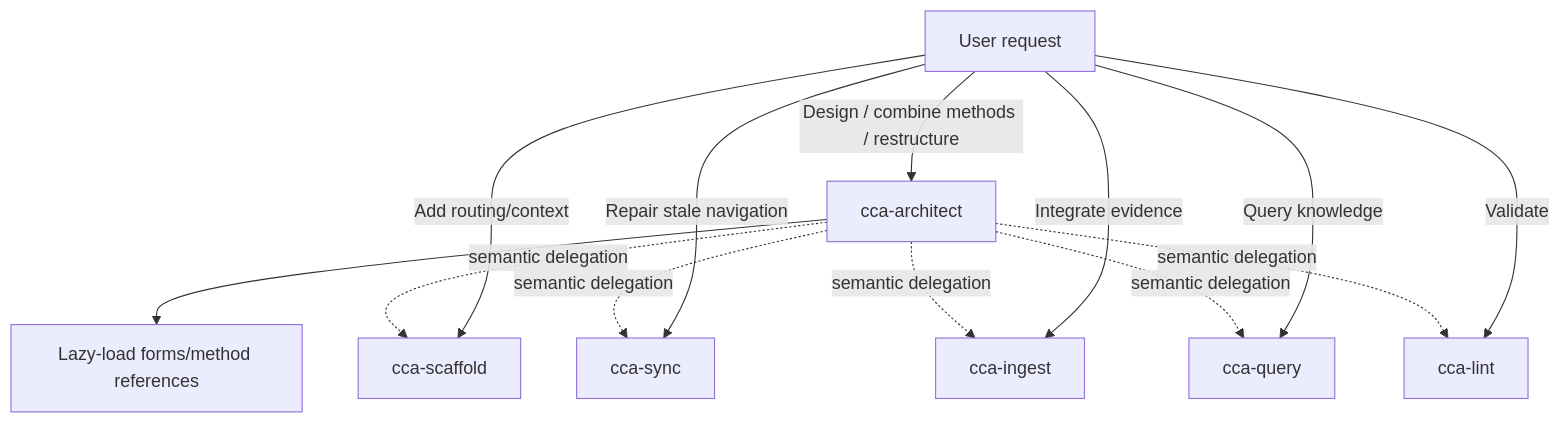
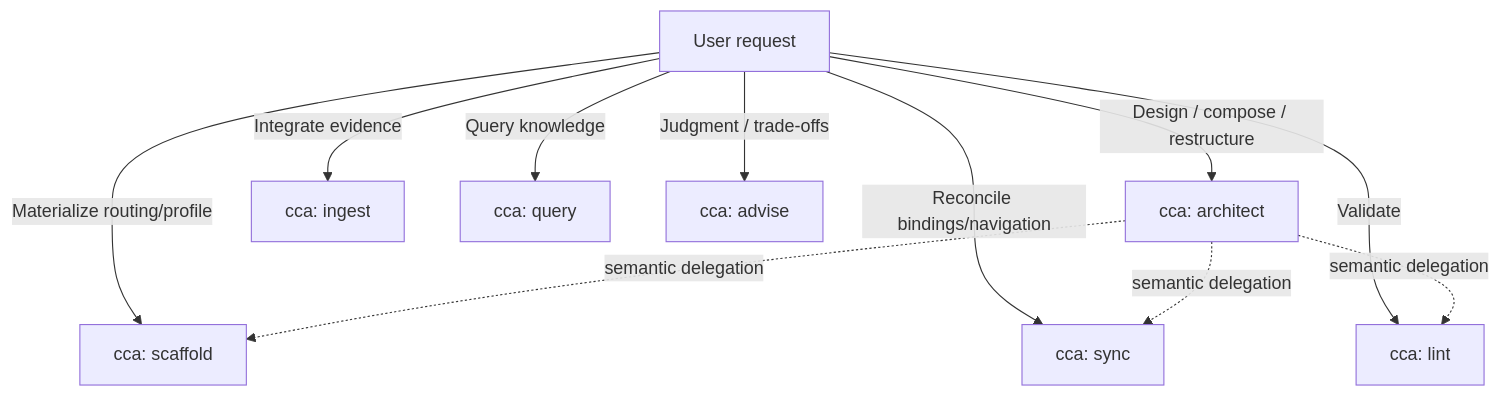
Before and after one commit to yonasuriv/CCA: the second of 2 diagrams in docs/getting-started.md, drawn with Mermaid. The commit also changed other lines of this file and 24 other files, not shown here.

````diff
--- a/docs/getting-started.md
+++ b/docs/getting-started.md
@@ -145,17 +157,15 @@
 ```mermaid
 flowchart TD
     U["User request"]
-    U -->|"Design / combine methods / restructure"| A["cca-architect"]
-    U -->|"Add routing/context"| S["cca-scaffold"]
-    U -->|"Repair stale navigation"| Y["cca-sync"]
-    U -->|"Integrate evidence"| I["cca-ingest"]
-    U -->|"Query knowledge"| Q["cca-query"]
-    U -->|"Validate"| L["cca-lint"]
+    U -->|"Design / compose / restructure"| A["cca: architect"]
+    U -->|"Materialize routing/profile"| S["cca: scaffold"]
+    U -->|"Reconcile bindings/navigation"| Y["cca: sync"]
+    U -->|"Integrate evidence"| I["cca: ingest"]
+    U -->|"Query knowledge"| Q["cca: query"]
+    U -->|"Validate"| L["cca: lint"]
+    U -->|"Judgment / trade-offs"| V["cca: advise"]
 
-    A --> M["Lazy-load forms/method references"]
     A -. "semantic delegation" .-> S
     A -. "semantic delegation" .-> Y
-    A -. "semantic delegation" .-> I
-    A -. "semantic delegation" .-> Q
     A -. "semantic delegation" .-> L
 ```
````
